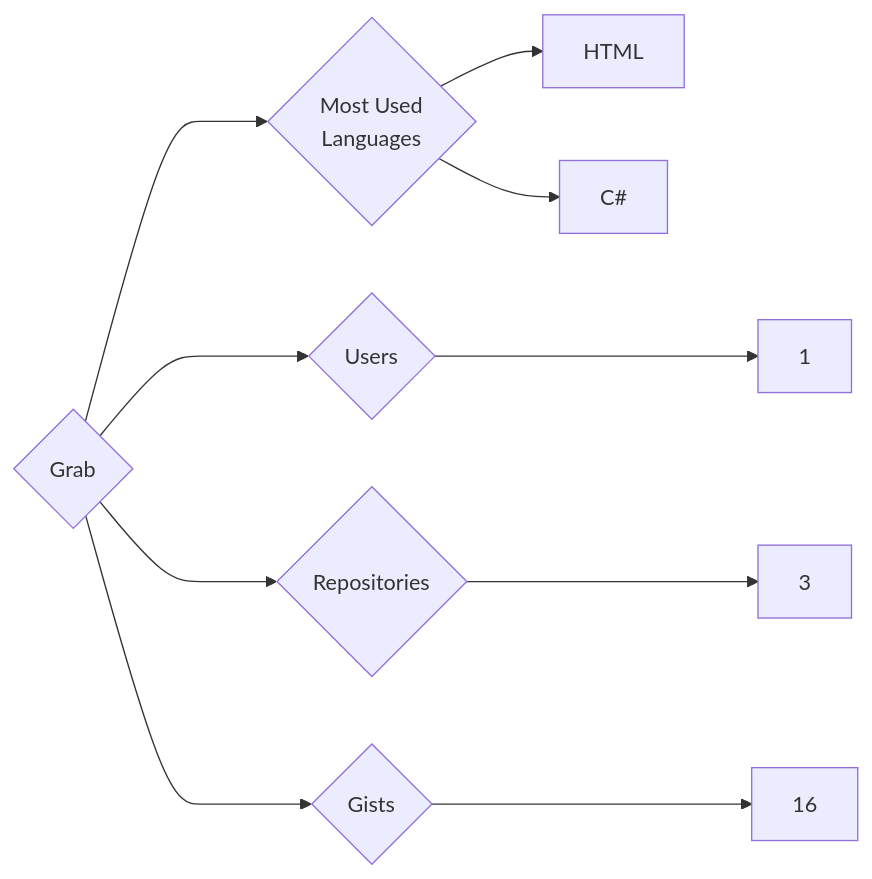
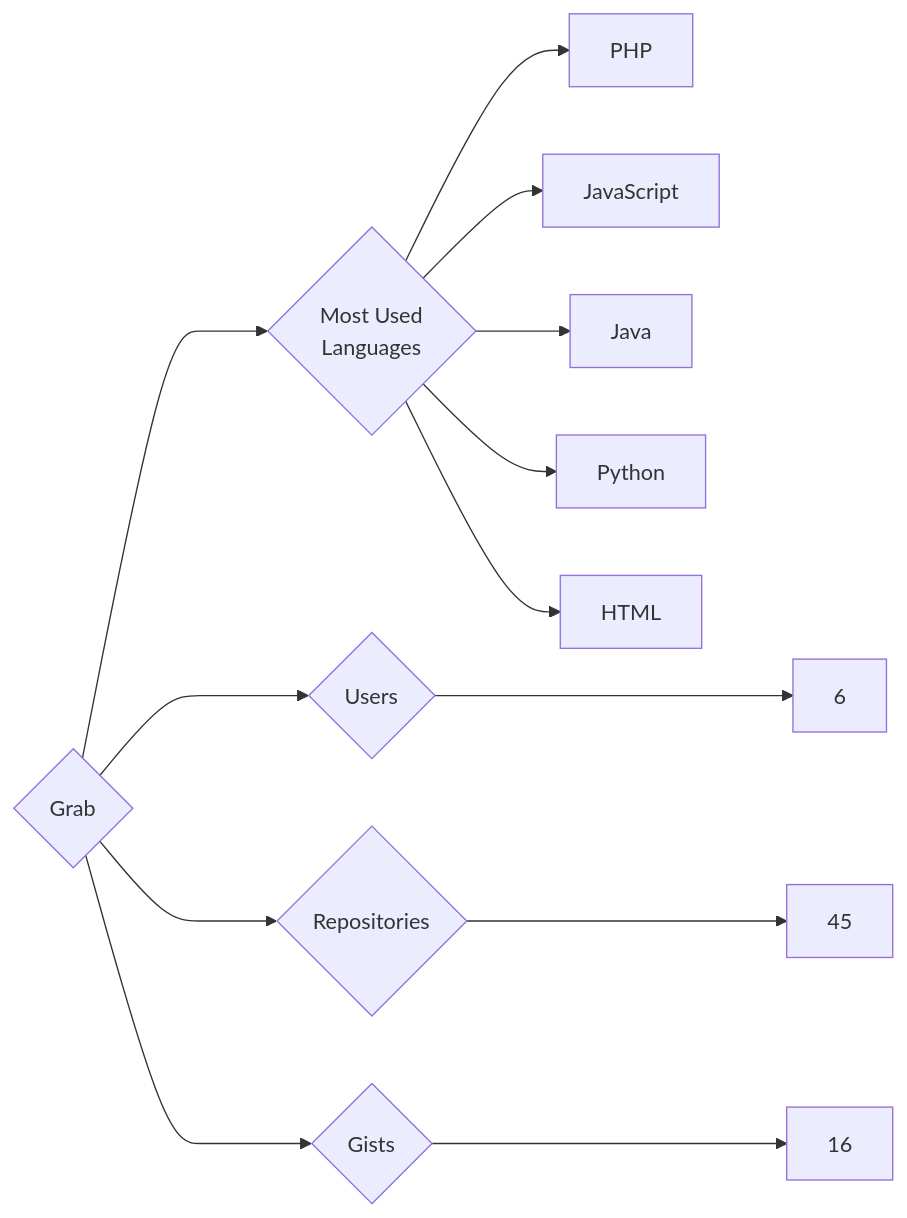
Before and after one commit to trickest/insiders: the diagram in targets/Grab/README.md, drawn with Mermaid. The commit also changed 1003 other files, not shown here.

````diff
--- a/targets/Grab/README.md
+++ b/targets/Grab/README.md
@@ -3,10 +3,13 @@
 ```mermaid
 graph LR
 COMPANY_NAME{Grab}
-COMPANY_NAME ---> U{Users} ---> UN[1]
-COMPANY_NAME ---> R{Repositories} ---> RN[3]
+COMPANY_NAME ---> U{Users} ---> UN[6]
+COMPANY_NAME ---> R{Repositories} ---> RN[45]
 COMPANY_NAME ---> G{Gists} ---> GN[16]
 COMPANY_NAME ---> ML{Most Used<br>Languages}
+ML --> PHP[PHP]
+ML --> JavaScript[JavaScript]
+ML --> Java[Java]
+ML --> Python[Python]
 ML --> HTML[HTML]
-ML --> C#[C#]
 ```
````
